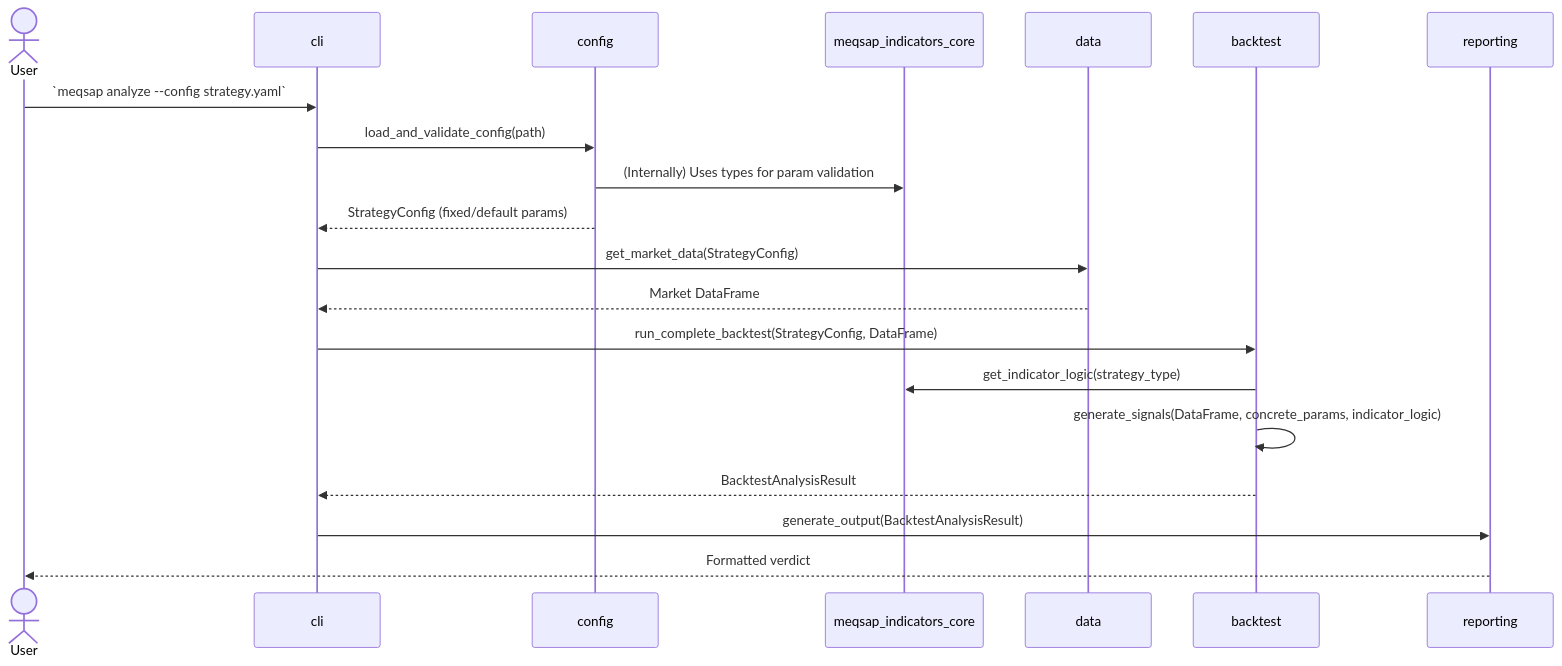
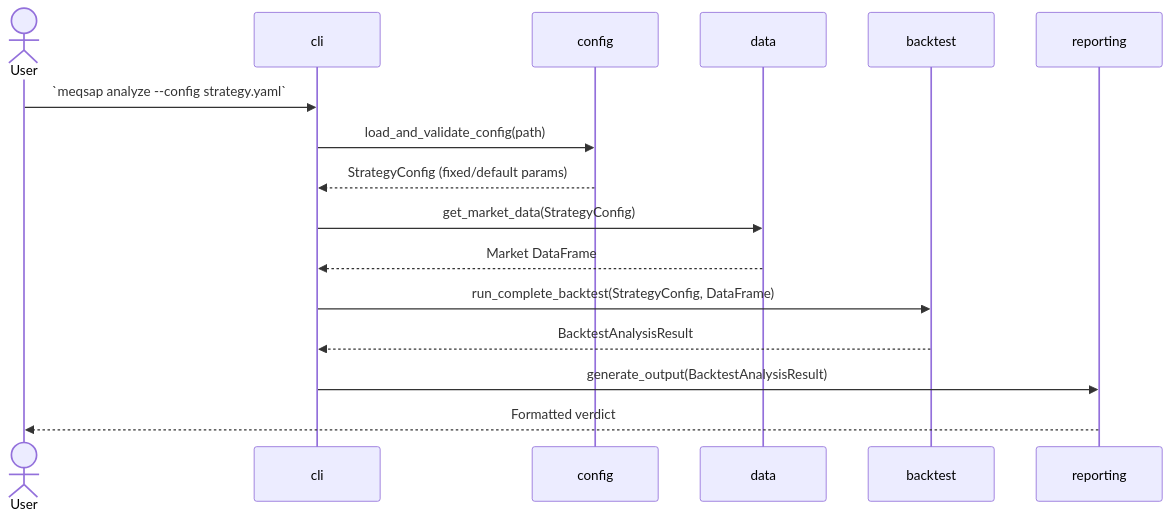
Before and after one commit to vijayanajay/simplest: the third of 4 diagrams in docs/architecture.md, drawn with Mermaid. The commit also changed other lines of this file and 6 other files, not shown here.

````diff
--- a/docs/architecture.md
+++ b/docs/architecture.md
@@ -319,23 +295,19 @@
 ```mermaid
 sequenceDiagram
     actor User
     participant CLI as cli
     participant Config as config
-    participant IndicatorsCore as meqsap_indicators_core
     participant Data as data
     participant Backtest as backtest
     participant Reporting as reporting
 
     User->>CLI: `meqsap analyze --config strategy.yaml`
     CLI->>Config: load_and_validate_config(path)
-    Config->>IndicatorsCore: (Internally) Uses types for param validation
     Config-->>CLI: StrategyConfig (fixed/default params)
     CLI->>Data: get_market_data(StrategyConfig)
     Data-->>CLI: Market DataFrame
     CLI->>Backtest: run_complete_backtest(StrategyConfig, DataFrame)
-    Backtest->>IndicatorsCore: get_indicator_logic(strategy_type)
-    Backtest->>Backtest: generate_signals(DataFrame, concrete_params, indicator_logic)
     Backtest-->>CLI: BacktestAnalysisResult
     CLI->>Reporting: generate_output(BacktestAnalysisResult)
     Reporting-->>User: Formatted verdict
 ```
````
